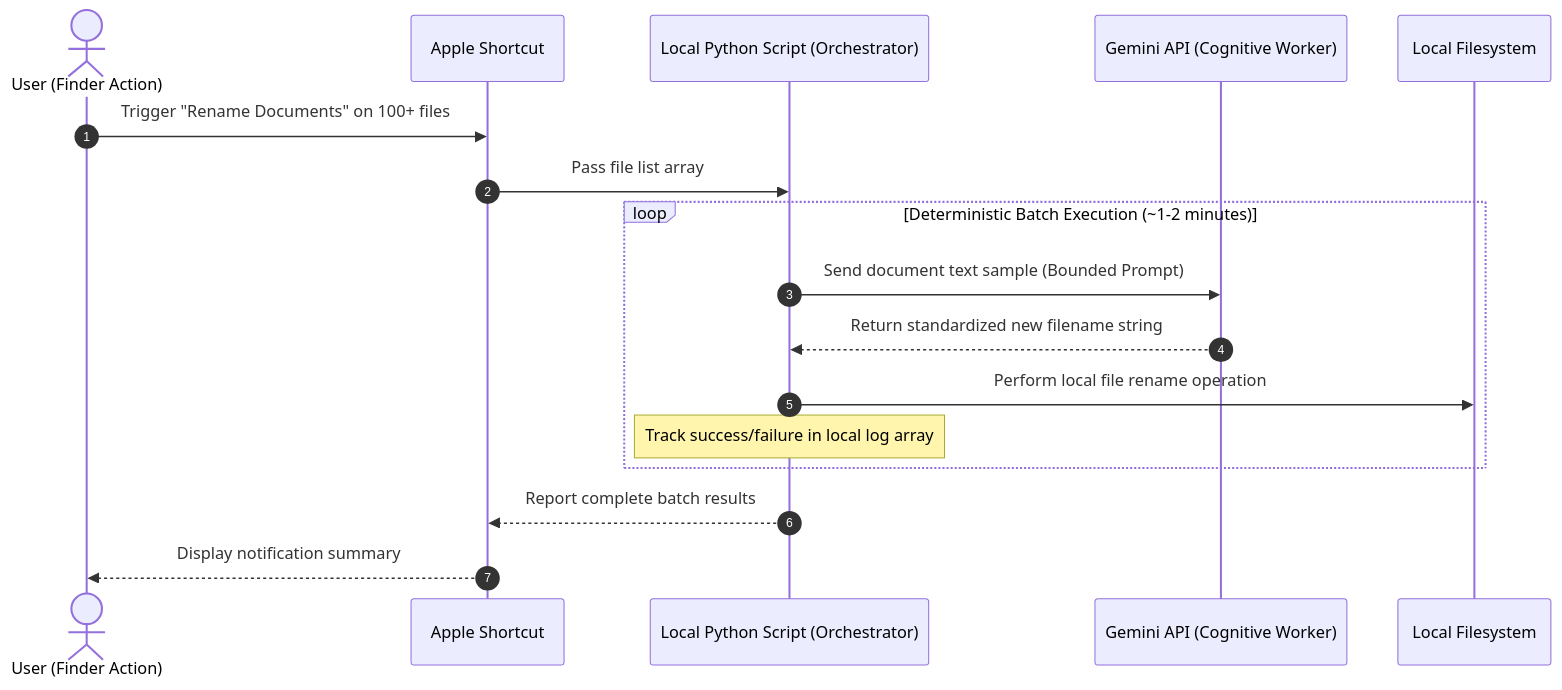
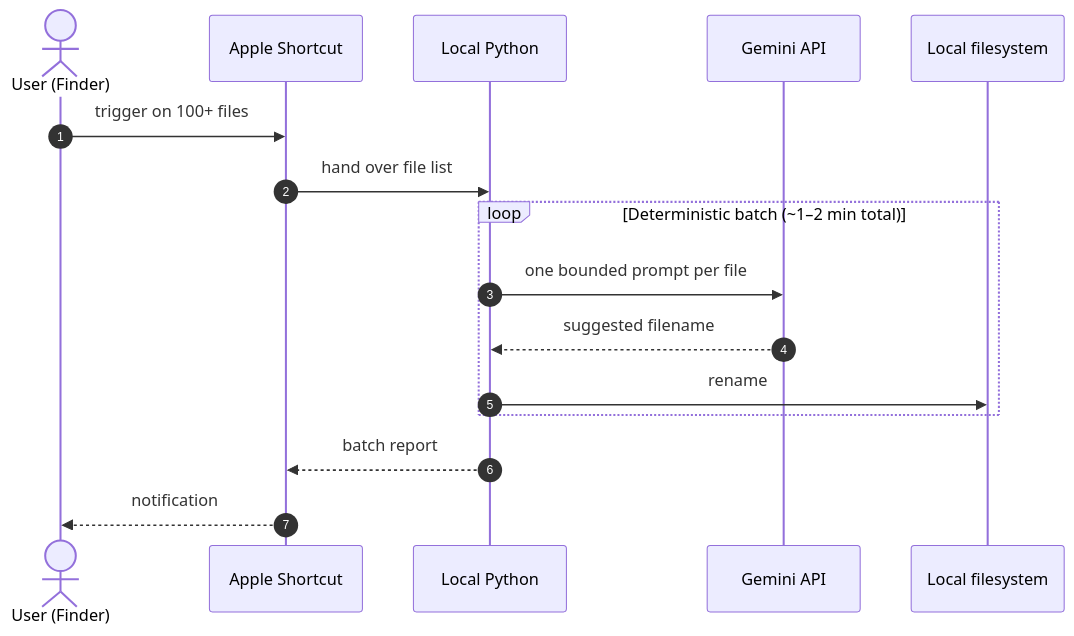
The third of 3 diagrams in docs/ai-orchestration-preliminary-study-2026-07-29.md (alankatanoisi/claude-local-bridge-playground), drawn with Mermaid before and after one commit. The commit also changed other lines of this file and 1 other file, not shown here.

````diff
--- a/docs/ai-orchestration-preliminary-study-2026-07-29.md
+++ b/docs/ai-orchestration-preliminary-study-2026-07-29.md
@@ -119,20 +236,19 @@
 ```mermaid
 sequenceDiagram
     autonumber
-    actor User as User (Finder Action)
-    participant Shortcut as Apple Shortcut
-    participant Python as Local Python Script (Orchestrator)
-    participant Gemini as Gemini API (Cognitive Worker)
-    participant FS as Local Filesystem
+    actor U as User (Finder)
+    participant S as Apple Shortcut
+    participant P as Local Python
+    participant G as Gemini API
+    participant FS as Local filesystem
 
-    User->>Shortcut: Trigger "Rename Documents" on 100+ files
-    Shortcut->>Python: Pass file list array
-    loop Deterministic Batch Execution (~1-2 minutes)
-        Python->>Gemini: Send document text sample (Bounded Prompt)
-        Gemini-->>Python: Return standardized new filename string
-        Python->>FS: Perform local file rename operation
-        Note over Python: Track success/failure in local log array
+    U->>S: trigger on 100+ files
+    S->>P: hand over file list
+    loop Deterministic batch (~1–2 min total)
+        P->>G: one bounded prompt per file
+        G-->>P: suggested filename
+        P->>FS: rename
     end
-    Python-->>Shortcut: Report complete batch results
-    Shortcut-->>User: Display notification summary
+    P-->>S: batch report
+    S-->>U: notification
 ```
````
